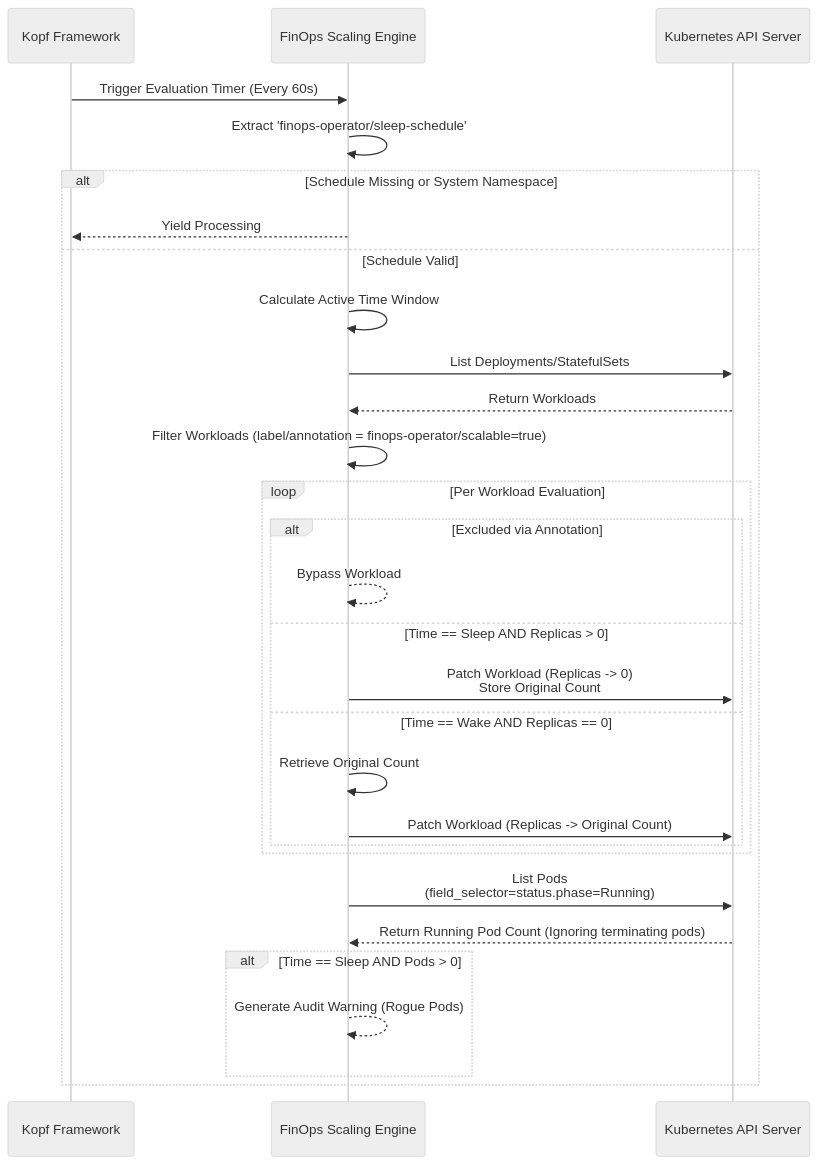
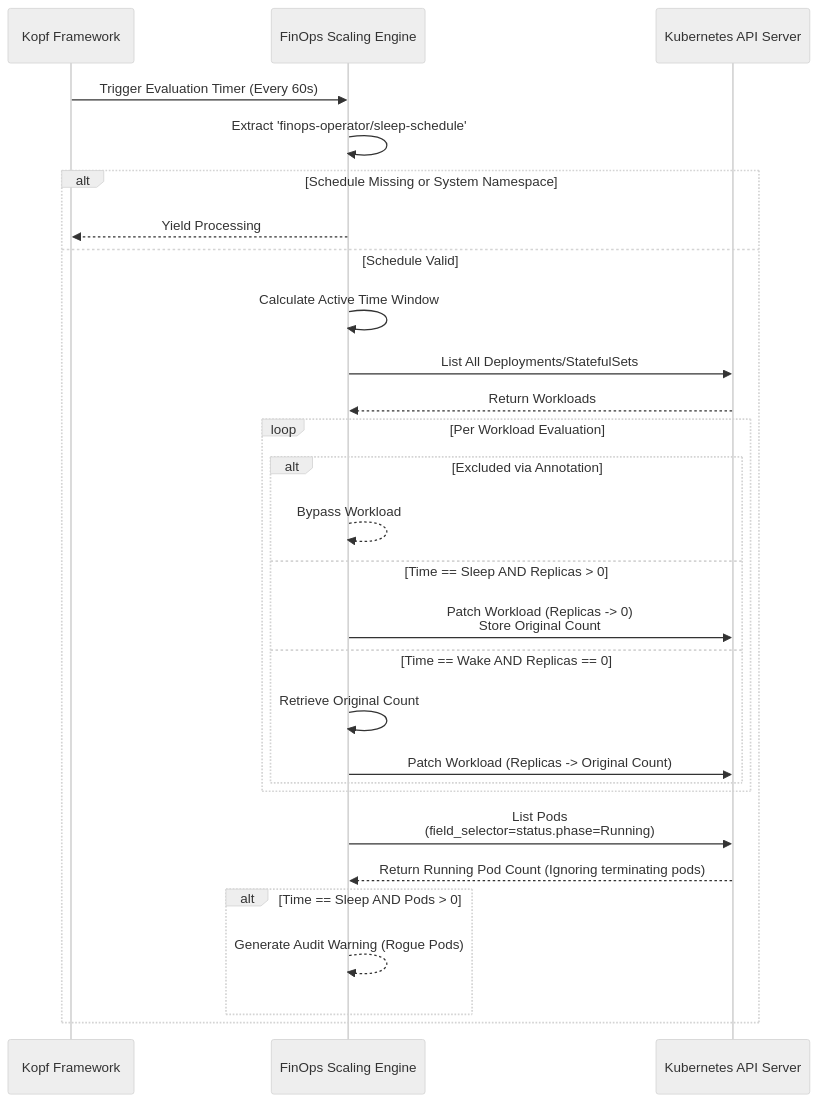
One commit to ok-karthik/finops-k8s-operator changed the second of 2 diagrams in README.md. Above: the diagram before and after it, drawn with Mermaid (neutral theme). The commit also changed other lines of this file and 1 other file, not shown here.

Commit message:
Refactor to Opt-Out Architecture

````diff
--- a/README.md
+++ b/README.md
@@ -66,35 +66,34 @@
 ```mermaid
 sequenceDiagram
     participant K as Kopf Framework
     participant O as FinOps Scaling Engine
     participant API as Kubernetes API Server
     
     K->>O: Trigger Evaluation Timer (Every 60s)
     O->>O: Extract 'finops-operator/sleep-schedule'
     
     alt Schedule Missing or System Namespace
         O-->>K: Yield Processing
     else Schedule Valid
         O->>O: Calculate Active Time Window
-        O->>API: List Deployments/StatefulSets
+        O->>API: List All Deployments/StatefulSets
         API-->>O: Return Workloads
-        O->>O: Filter Workloads (label/annotation = finops-operator/scalable=true)
         
         loop Per Workload Evaluation
             alt Excluded via Annotation
                 O-->>O: Bypass Workload
             else Time == Sleep AND Replicas > 0
                 O->>API: Patch Workload (Replicas -> 0)<br/>Store Original Count
             else Time == Wake AND Replicas == 0
                 O->>O: Retrieve Original Count
                 O->>API: Patch Workload (Replicas -> Original Count)
             end
         end
         
         O->>API: List Pods<br/>(field_selector=status.phase=Running)
         API-->>O: Return Running Pod Count (Ignoring terminating pods)
         alt Time == Sleep AND Pods > 0
             O-->>O: Generate Audit Warning (Rogue Pods)
         end
     end
 ```
````
